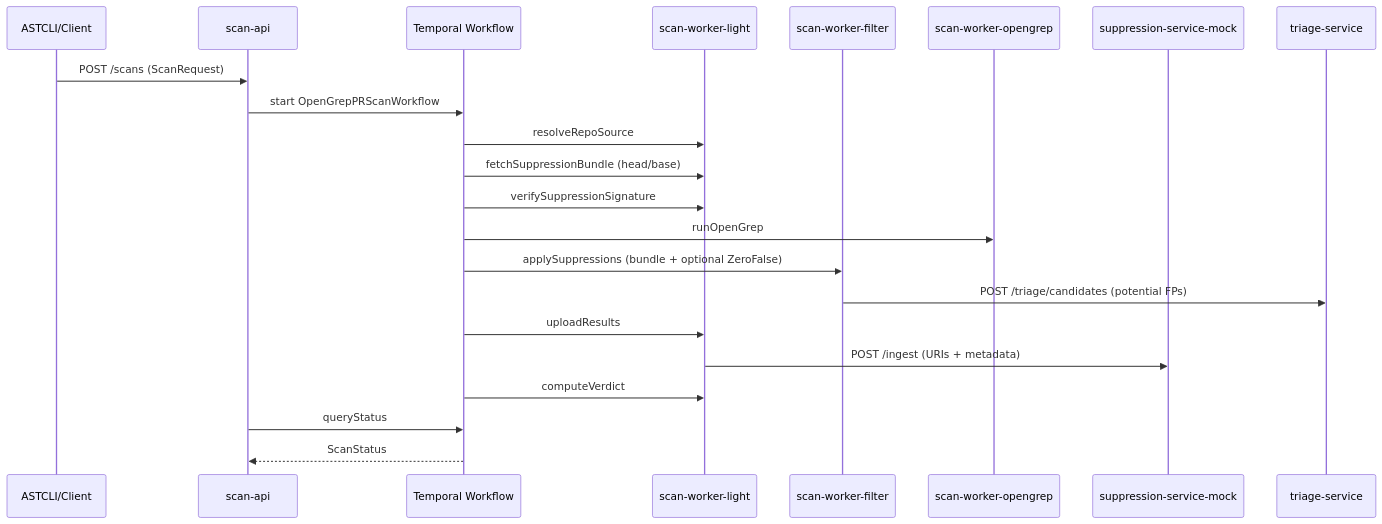
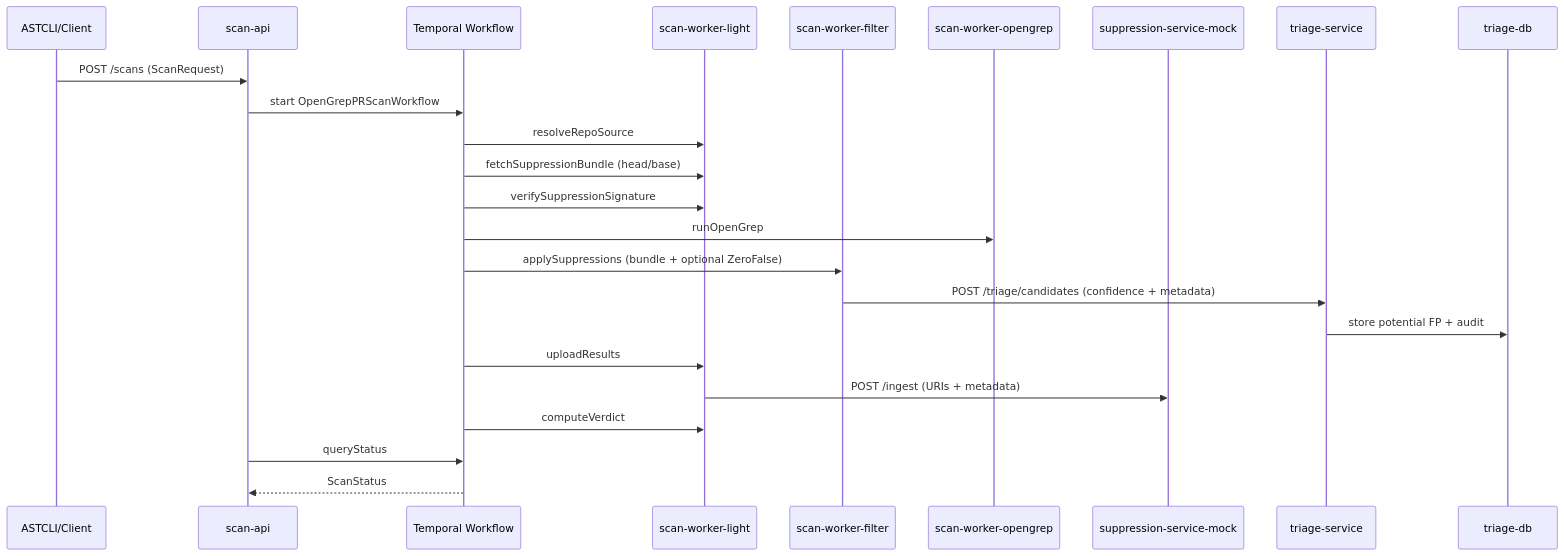
Before and after one commit to hoggmania/AutoTriage: the first of 2 diagrams in docs/architecture.md, drawn with Mermaid. The commit also changed other lines of this file and 3 other files, not shown here.

````diff
--- a/docs/architecture.md
+++ b/docs/architecture.md
@@ -17,25 +17,27 @@
 ```mermaid
 sequenceDiagram
     participant Client as ASTCLI/Client
     participant API as scan-api
     participant WF as Temporal Workflow
     participant Light as scan-worker-light
     participant Filter as scan-worker-filter
     participant OpenGrep as scan-worker-opengrep
     participant Suppression as suppression-service-mock
     participant Triage as triage-service
+    participant TriageDB as triage-db
 
     Client->>API: POST /scans (ScanRequest)
     API->>WF: start OpenGrepPRScanWorkflow
     WF->>Light: resolveRepoSource
     WF->>Light: fetchSuppressionBundle (head/base)
     WF->>Light: verifySuppressionSignature
     WF->>OpenGrep: runOpenGrep
     WF->>Filter: applySuppressions (bundle + optional ZeroFalse)
-    Filter->>Triage: POST /triage/candidates (potential FPs)
+    Filter->>Triage: POST /triage/candidates (confidence + metadata)
+    Triage->>TriageDB: store potential FP + audit
     WF->>Light: uploadResults
     Light->>Suppression: POST /ingest (URIs + metadata)
     WF->>Light: computeVerdict
     API->>WF: queryStatus
     WF-->>API: ScanStatus
 ```
````
